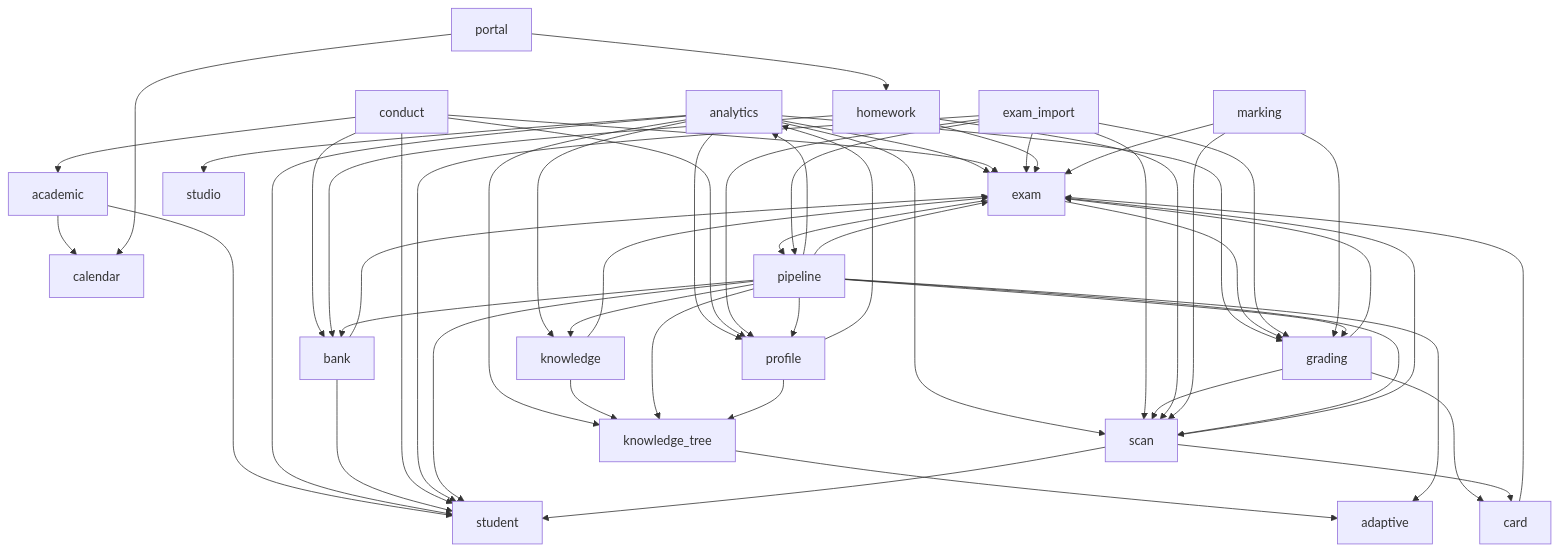
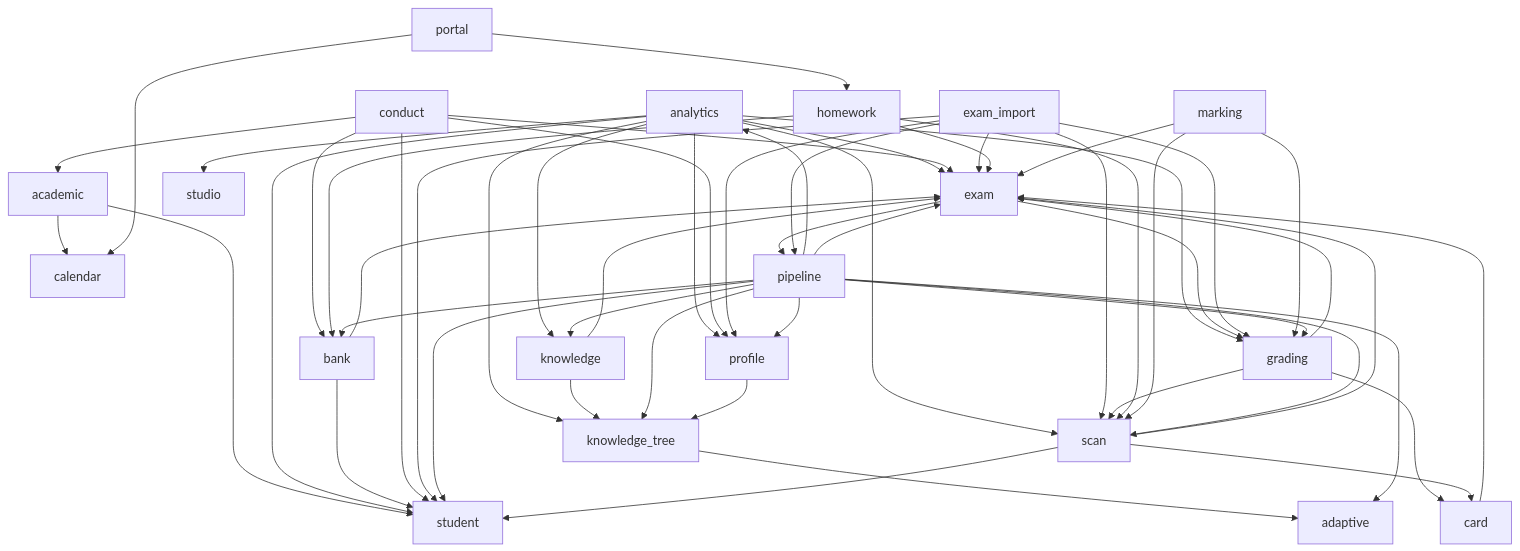
Before and after one commit to juanwan99/edu-cloud: the diagram in docs/governance/dependency-graph.md, drawn with Mermaid. The commit also changed 7 other files, not shown here.

````diff
--- a/docs/governance/dependency-graph.md
+++ b/docs/governance/dependency-graph.md
@@ -5,58 +5,57 @@
 ```mermaid
 flowchart TD
   academic --> calendar
   academic --> student
   analytics --> exam
   analytics --> scan
   analytics --> grading
   analytics --> student
   analytics --> knowledge
   analytics --> knowledge_tree
   analytics --> profile
   analytics --> studio
   bank --> exam
   bank --> student
   card --> exam
   conduct --> academic
   conduct --> bank
   conduct --> exam
   conduct --> profile
   conduct --> student
   exam --> grading
   exam --> pipeline
   exam_import --> exam
   exam_import --> grading
   exam_import --> pipeline
   exam_import --> profile
   exam_import --> scan
   exam_import --> student
   grading --> card
   grading --> exam
   grading --> scan
   homework --> exam
   homework --> scan
   homework --> bank
   knowledge --> exam
   knowledge --> knowledge_tree
   knowledge_tree --> adaptive
   marking --> exam
   marking --> scan
   marking --> grading
   pipeline --> analytics
   pipeline --> bank
   pipeline --> adaptive
   pipeline --> exam
   pipeline --> grading
   pipeline --> knowledge
   pipeline --> knowledge_tree
   pipeline --> profile
   pipeline --> scan
   pipeline --> student
   portal --> calendar
   portal --> homework
   profile --> knowledge_tree
-  profile --> analytics
   scan --> exam
   scan --> card
   scan --> student
 ```
````
